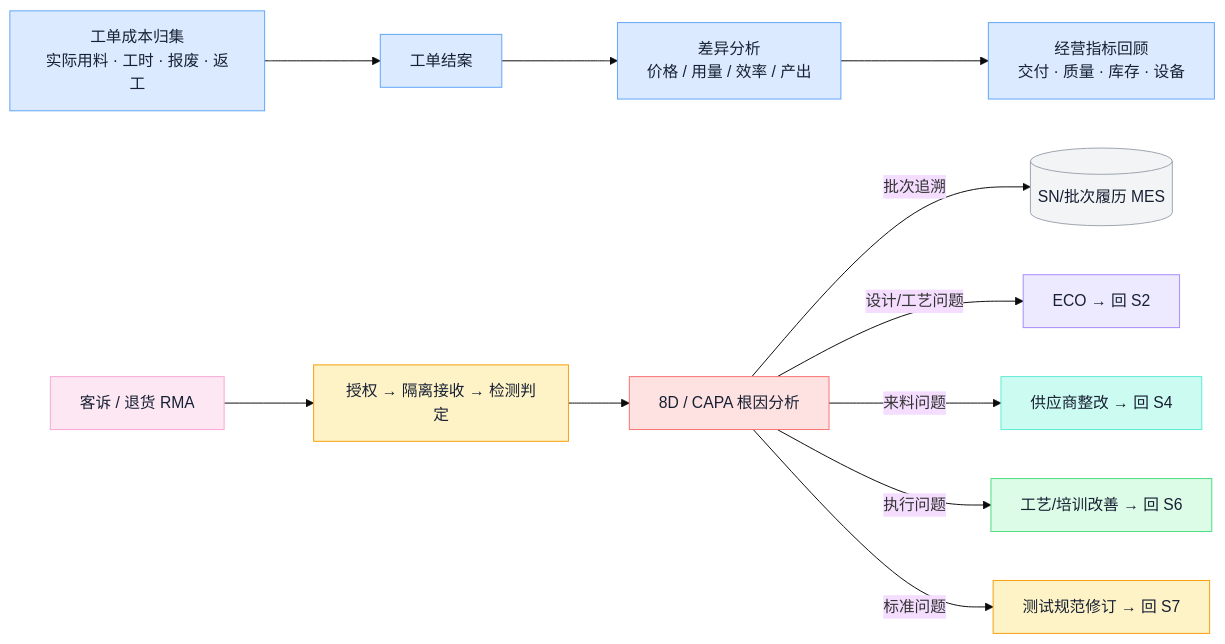
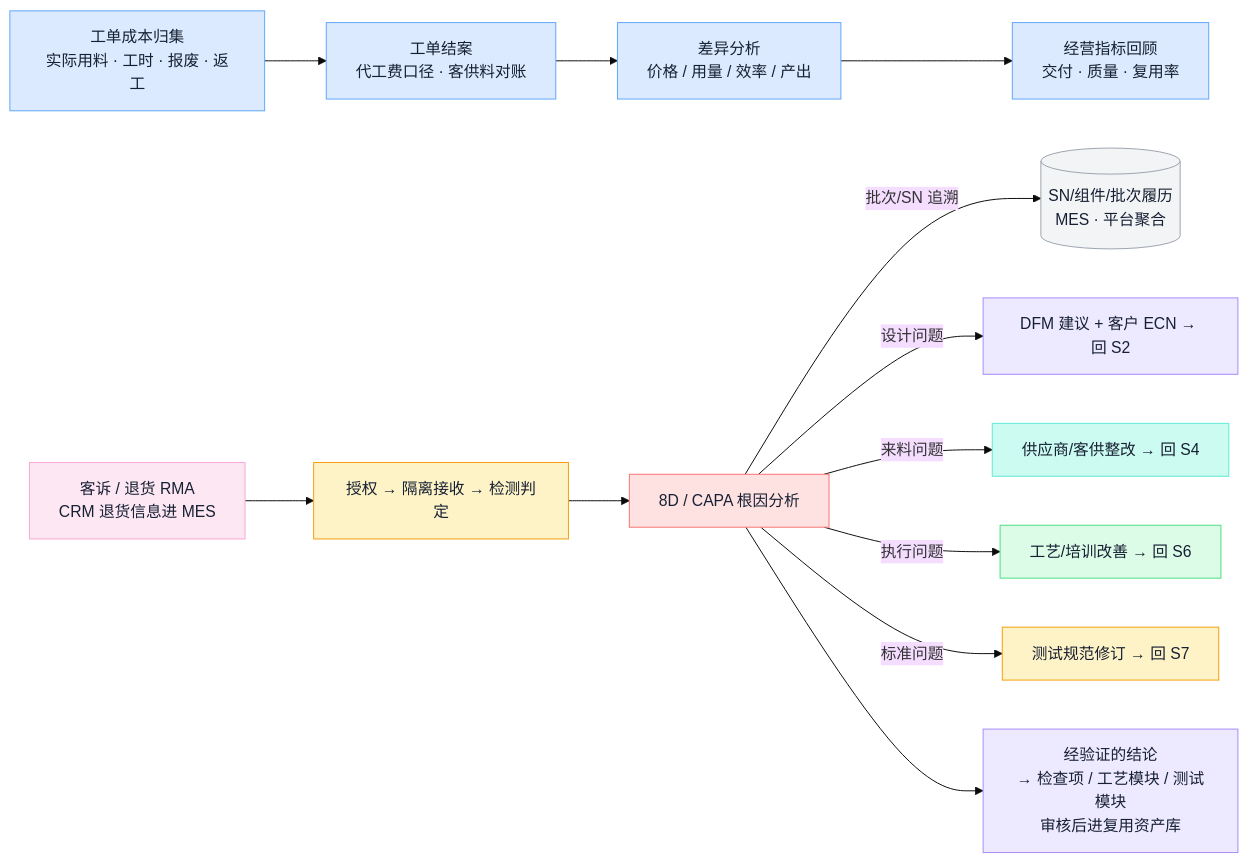
One commit to ink-hz/AI-Manufacturing-Platform changed diagram 16 of 18 in docs/manufacturing-system-handbook.md. Above: the diagram before and after it, drawn with Mermaid (base theme). The commit also changed other lines of this file and 9 other files, not shown here.

First line of the commit message:
docs: OEM revision of handbook, architecture, flows and design document

````diff
--- a/docs/manufacturing-system-handbook.md
+++ b/docs/manufacturing-system-handbook.md
@@ -760,29 +1048,31 @@
 ```mermaid
 flowchart LR
-    A[工单成本归集<br/>实际用料 · 工时 · 报废 · 返工] --> B[工单结案]
-    B --> C[差异分析<br/>价格 / 用量 / 效率 / 产出]
-    C --> D[经营指标回顾<br/>交付 · 质量 · 库存 · 设备]
-    E[客诉 / 退货 RMA] --> F[授权 → 隔离接收 → 检测判定]
-    F --> G[8D / CAPA 根因分析]
-    G -->|批次追溯| H[(SN/批次履历 MES)]
-    G -->|设计/工艺问题| I[ECO → 回 S2]
-    G -->|来料问题| J[供应商整改 → 回 S4]
-    G -->|执行问题| K[工艺/培训改善 → 回 S6]
-    G -->|标准问题| L[测试规范修订 → 回 S7]
+    A["工单成本归集<br/>实际用料 · 工时 · 报废 · 返工"] --> B["工单结案<br/>代工费口径 · 客供料对账"]
+    B --> C["差异分析<br/>价格 / 用量 / 效率 / 产出"]
+    C --> D["经营指标回顾<br/>交付 · 质量 · 复用率"]
+    E["客诉 / 退货 RMA<br/>CRM 退货信息进 MES"] --> F["授权 → 隔离接收 → 检测判定"]
+    F --> G["8D / CAPA 根因分析"]
+    G -->|"批次/SN 追溯"| H[("SN/组件/批次履历<br/>MES · 平台聚合")]
+    G -->|"设计问题"| I["DFM 建议 + 客户 ECN → 回 S2"]
+    G -->|"来料问题"| J["供应商/客供整改 → 回 S4"]
+    G -->|"执行问题"| K["工艺/培训改善 → 回 S6"]
+    G -->|"标准问题"| L["测试规范修订 → 回 S7"]
+    G --> M["经验证的结论<br/>→ 检查项 / 工艺模块 / 测试模块<br/>审核后进复用资产库"]
     class A,B,C,D biz
     class E cust
     class F,L qa
     class G risk
     class H store
     class I eng
     class J flow
     class K exec
+    class M eng
     classDef biz fill:#DBEAFE,stroke:#60A5FA,color:#172033;
     classDef cust fill:#FCE7F3,stroke:#F9A8D4,color:#172033;
     classDef qa fill:#FEF3C7,stroke:#F59E0B,color:#172033;
     classDef risk fill:#FEE2E2,stroke:#F87171,color:#172033;
     classDef store fill:#F3F4F6,stroke:#9CA3AF,color:#172033;
     classDef eng fill:#EDE9FE,stroke:#A78BFA,color:#172033;
     classDef flow fill:#CCFBF1,stroke:#5EEAD4,color:#172033;
     classDef exec fill:#DCFCE7,stroke:#4ADE80,color:#172033;
 ```
````
